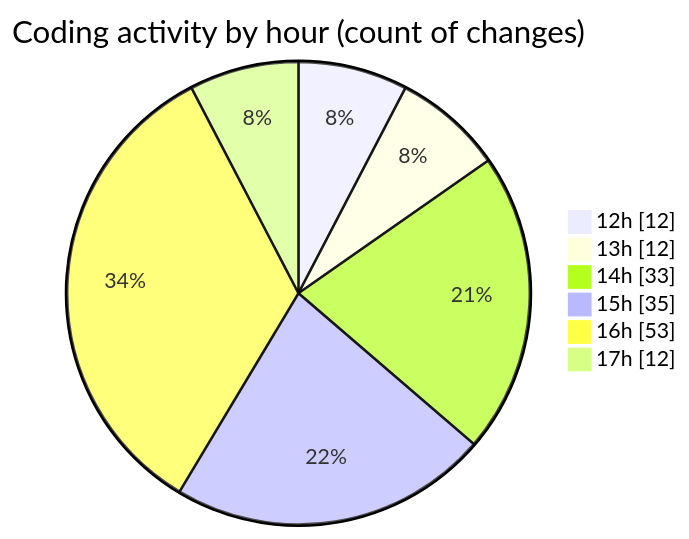
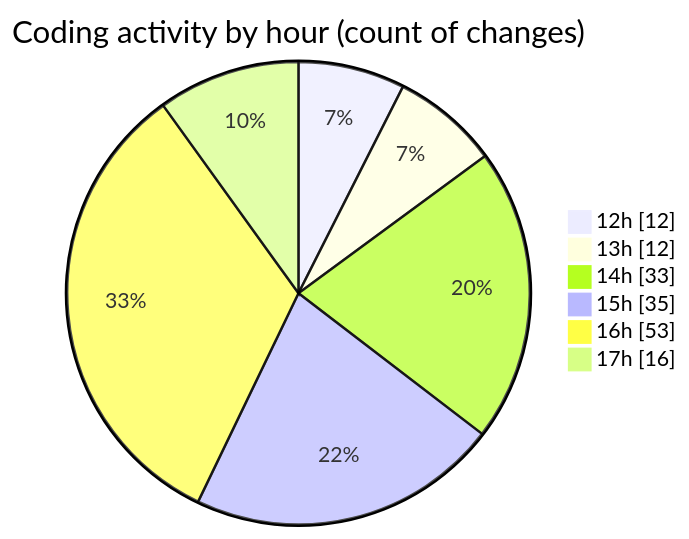
Before and after one commit to momahboobian/code-tracking: the second of 2 diagrams in 2025-09-24/cda/README.md, drawn with Mermaid. The commit also changed other lines of this file and 1 other file, not shown here.

````diff
--- a/2025-09-24/cda/README.md
+++ b/2025-09-24/cda/README.md
@@ -43,10 +43,10 @@
 ```mermaid
 pie showData
 title Coding activity by hour (count of changes)
 "12h" : 12
 "13h" : 12
 "14h" : 33
 "15h" : 35
 "16h" : 53
-"17h" : 12
+"17h" : 16
 ```
````
